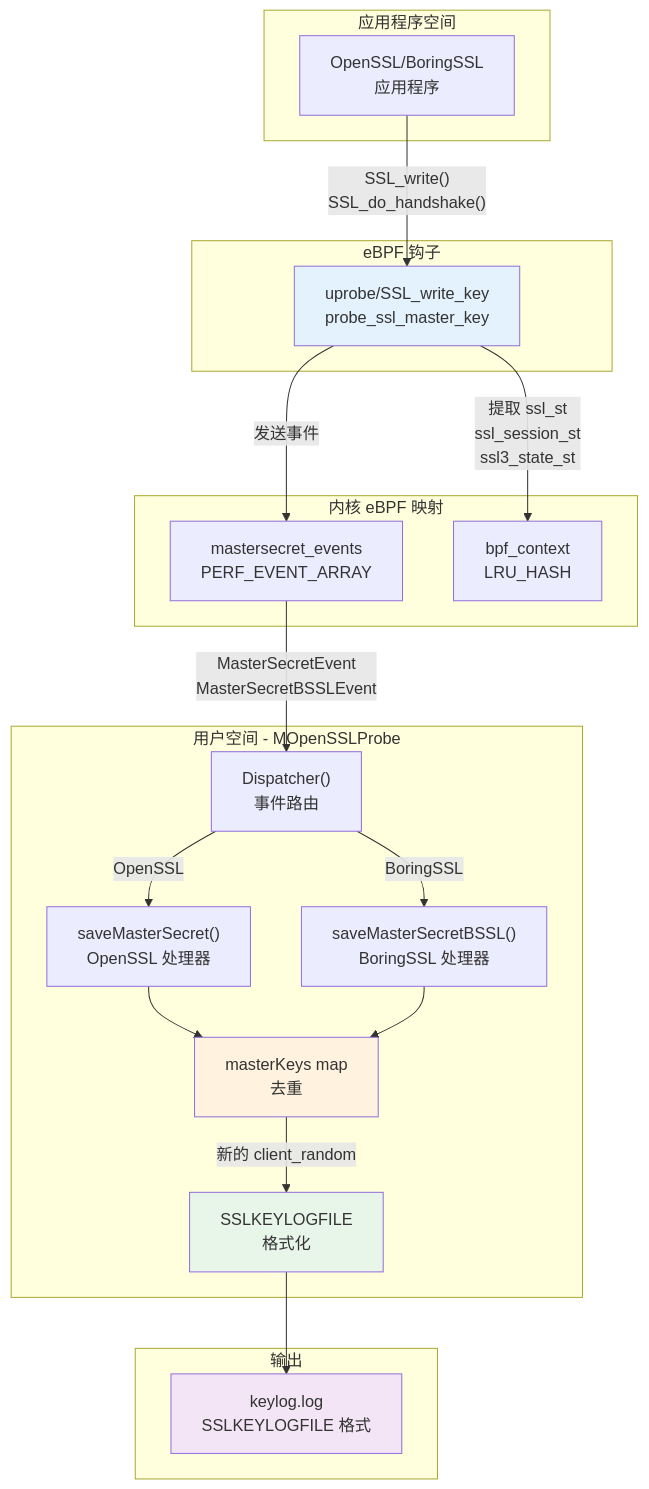
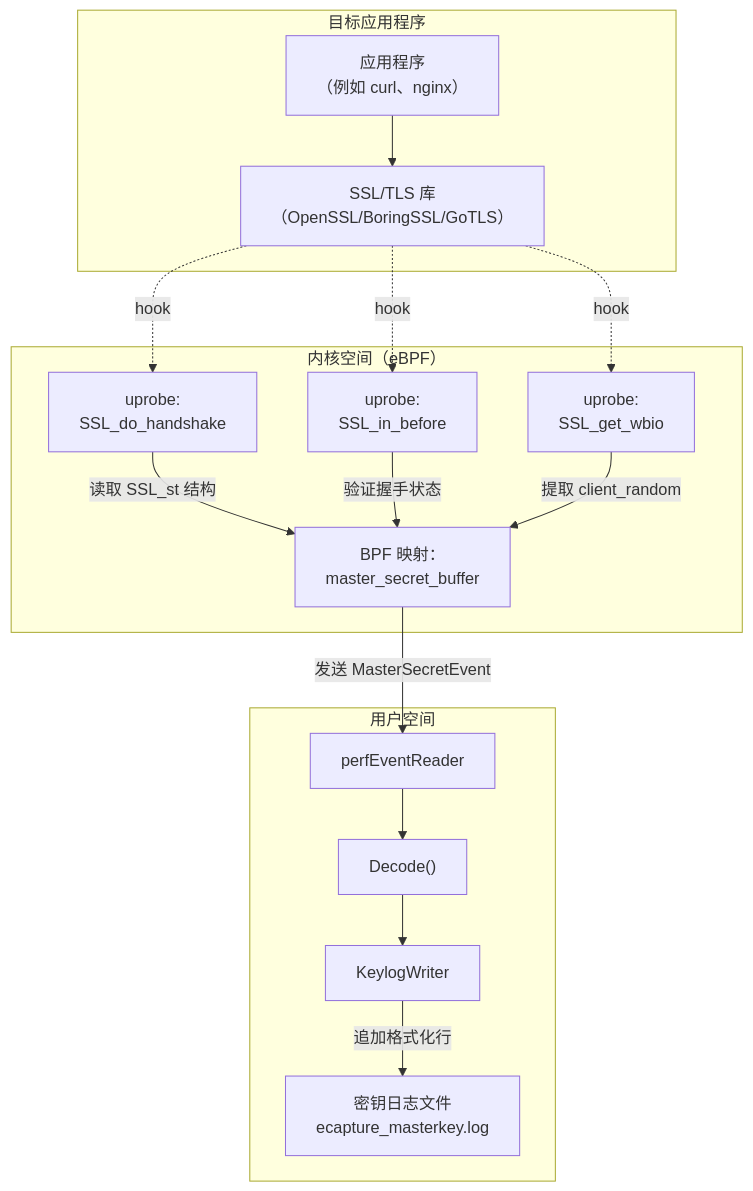
Before and after one commit to gojue/ecapture.cc: the first of 4 diagrams in src/zh/4-output-formats/4.3-tls-key-logging.md, drawn with Mermaid. The commit also changed other lines of this file and 115 other files, not shown here.

````diff
--- a/src/zh/4-output-formats/4.3-tls-key-logging.md
+++ b/src/zh/4-output-formats/4.3-tls-key-logging.md
@@ -23,43 +101,35 @@
 ```mermaid
-graph TB
-    subgraph "应用程序空间"
-        APP["OpenSSL/BoringSSL<br/>应用程序"]
+flowchart TB
+    subgraph "目标应用程序"
+        APP["应用程序<br/>（例如 curl、nginx）"]
+        SSL_LIB["SSL/TLS 库<br/>（OpenSSL/BoringSSL/GoTLS）"]
     end
     
-    subgraph "eBPF 钩子"
-        UPROBE["uprobe/SSL_write_key<br/>probe_ssl_master_key"]
+    subgraph "内核空间（eBPF）"
+        UPROBE_HANDSHAKE["uprobe:<br/>SSL_do_handshake"]
+        UPROBE_BEFORE["uprobe:<br/>SSL_in_before"]
+        UPROBE_WBIO["uprobe:<br/>SSL_get_wbio"]
+        MS_MAP["BPF 映射：<br/>master_secret_buffer"]
     end
     
-    subgraph "内核 eBPF 映射"
-        MS_EVENTS["mastersecret_events<br/>PERF_EVENT_ARRAY"]
-        BPF_CTX["bpf_context<br/>LRU_HASH"]
+    subgraph "用户空间"
+        READER["perfEventReader"]
+        DECODER["Decode()"]
+        KEYLOGGER["KeylogWriter"]
+        KEYLOG_FILE["密钥日志文件<br/>ecapture_masterkey.log"]
     end
     
-    subgraph "用户空间 - MOpenSSLProbe"
-        DISPATCH["Dispatcher()<br/>事件路由"]
-        SAVE_OSSL["saveMasterSecret()<br/>OpenSSL 处理器"]
-        SAVE_BSSL["saveMasterSecretBSSL()<br/>BoringSSL 处理器"]
-        DEDUP["masterKeys map<br/>去重"]
-        FORMAT["SSLKEYLOGFILE<br/>格式化"]
-    end
+    APP --> SSL_LIB
+    SSL_LIB -.hook.-> UPROBE_HANDSHAKE
+    SSL_LIB -.hook.-> UPROBE_BEFORE
+    SSL_LIB -.hook.-> UPROBE_WBIO
     
-    subgraph "输出"
-        KEYLOG_FILE["keylog.log<br/>SSLKEYLOGFILE 格式"]
-    end
+    UPROBE_HANDSHAKE -->|"读取 SSL_st 结构"| MS_MAP
+    UPROBE_BEFORE -->|"验证握手状态"| MS_MAP
+    UPROBE_WBIO -->|"提取 client_random"| MS_MAP
     
-    APP -->|"SSL_write()<br/>SSL_do_handshake()"| UPROBE
-    UPROBE -->|"提取 ssl_st<br/>ssl_session_st<br/>ssl3_state_st"| BPF_CTX
-    UPROBE -->|"发送事件"| MS_EVENTS
-    MS_EVENTS -->|"MasterSecretEvent<br/>MasterSecretBSSLEvent"| DISPATCH
-    DISPATCH -->|"OpenSSL"| SAVE_OSSL
-    DISPATCH -->|"BoringSSL"| SAVE_BSSL
-    SAVE_OSSL --> DEDUP
-    SAVE_BSSL --> DEDUP
-    DEDUP -->|"新的 client_random"| FORMAT
-    FORMAT --> KEYLOG_FILE
-    
-    style UPROBE fill:#e3f2fd
-    style DEDUP fill:#fff3e0
-    style FORMAT fill:#e8f5e9
-    style KEYLOG_FILE fill:#f3e5f5
+    MS_MAP -->|"发送 MasterSecretEvent"| READER
+    READER --> DECODER
+    DECODER --> KEYLOGGER
+    KEYLOGGER -->|"追加格式化行"| KEYLOG_FILE
 ```
````
